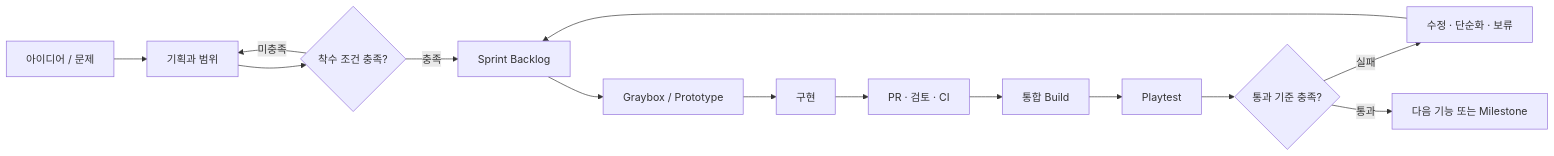
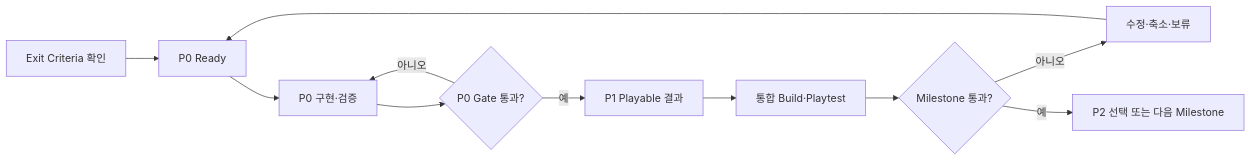
One commit to Conquer-or-Be-Condemned/unity-3d-the-developer changed the first of 2 diagrams in Docs/DEVELOPMENT_FLOW.md. Above: the diagram before and after it, drawn with Mermaid. The commit also changed other lines of this file and 10 other files, not shown here.

First line of the commit message:
docs: align roadmap and milestone ownership

````diff
--- a/Docs/DEVELOPMENT_FLOW.md
+++ b/Docs/DEVELOPMENT_FLOW.md
@@ -13,16 +22,13 @@
 ```mermaid
 flowchart LR
-    A[아이디어 / 문제] --> B[기획과 범위]
-    B --> C{착수 조건 충족?}
-    C -- 미충족 --> B
-    C -- 충족 --> D[Sprint Backlog]
-    D --> E[Graybox / Prototype]
-    E --> F[구현]
-    F --> G[PR · 검토 · CI]
-    G --> H[통합 Build]
-    H --> I[Playtest]
-    I --> J{통과 기준 충족?}
-    J -- 실패 --> K[수정 · 단순화 · 보류]
-    K --> D
-    J -- 통과 --> L[다음 기능 또는 Milestone]
+    A[Exit Criteria 확인] --> B[P0 Ready]
+    B --> C[P0 구현·검증]
+    C --> D{P0 Gate 통과?}
+    D -- 아니오 --> C
+    D -- 예 --> E[P1 Playable 결과]
+    E --> F[통합 Build·Playtest]
+    F --> G{Milestone 통과?}
+    G -- 아니오 --> H[수정·축소·보류]
+    H --> B
+    G -- 예 --> I[P2 선택 또는 다음 Milestone]
 ```
````
